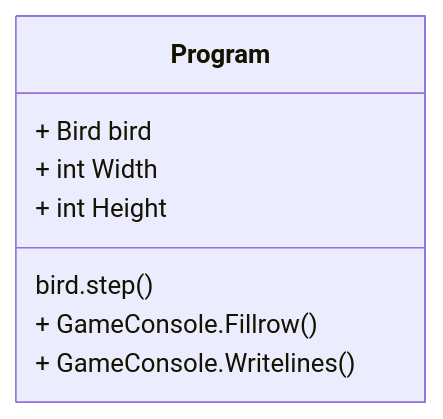
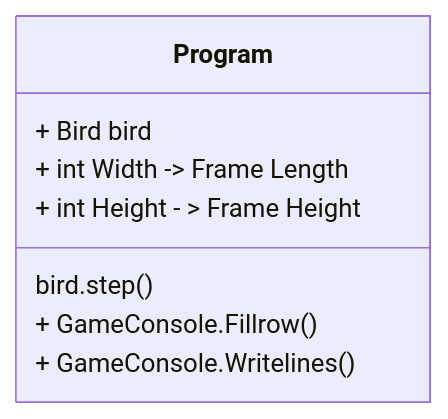
Before and after one commit to NexusWeave/MVP-FlappyBird-cs: the first of 7 diagrams in dokumentasjon/diagram/klasse-diagram.md, drawn with Mermaid. The commit also changed other lines of this file, not shown here.

Commit message:
Update klasse-diagram.md to enhance class definitions and methods

````diff
--- a/dokumentasjon/diagram/klasse-diagram.md
+++ b/dokumentasjon/diagram/klasse-diagram.md
@@ -4,14 +4,14 @@
 ```mermaid
     classDiagram
         direction TD
 
         class Program {
             + Bird bird
-            + int Width
-            + int Height
+            + int Width -> Frame Length
+            + int Height - > Frame Height
 
             bird.step()
             + GameConsole.Fillrow()
             + GameConsole.Writelines()
     }
 ```
````
